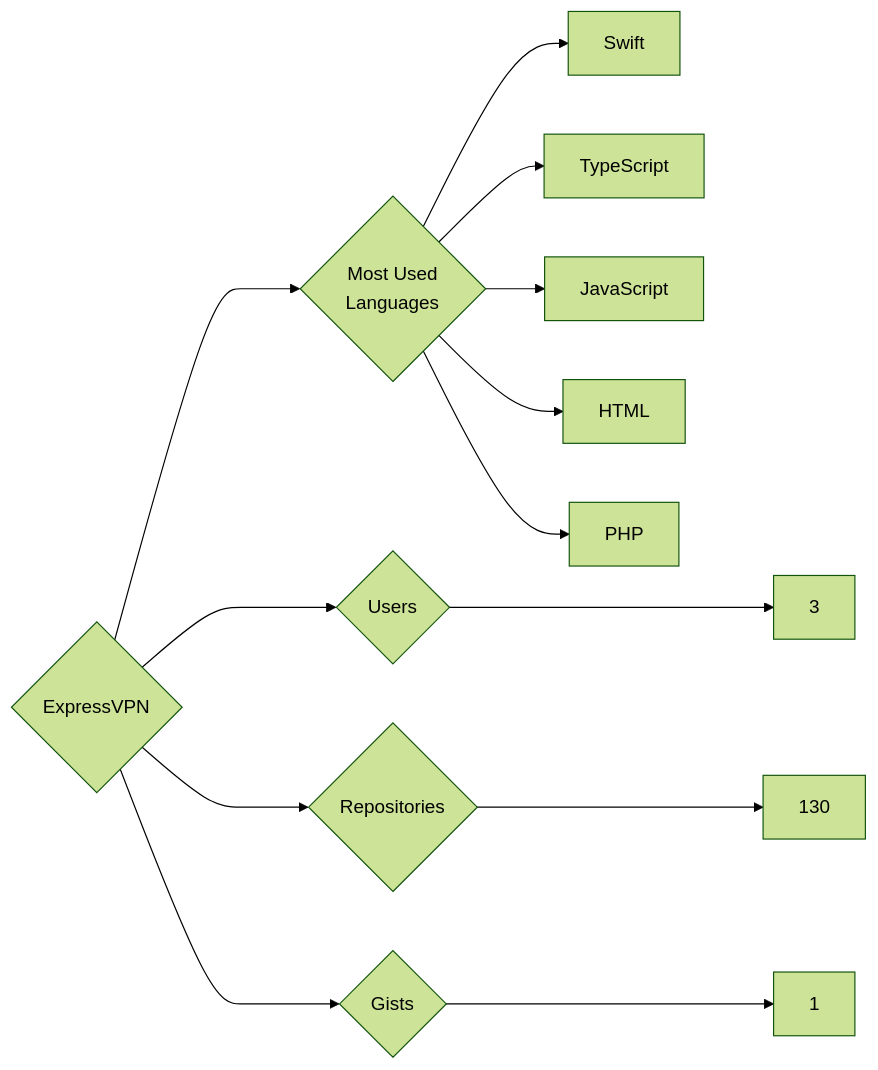
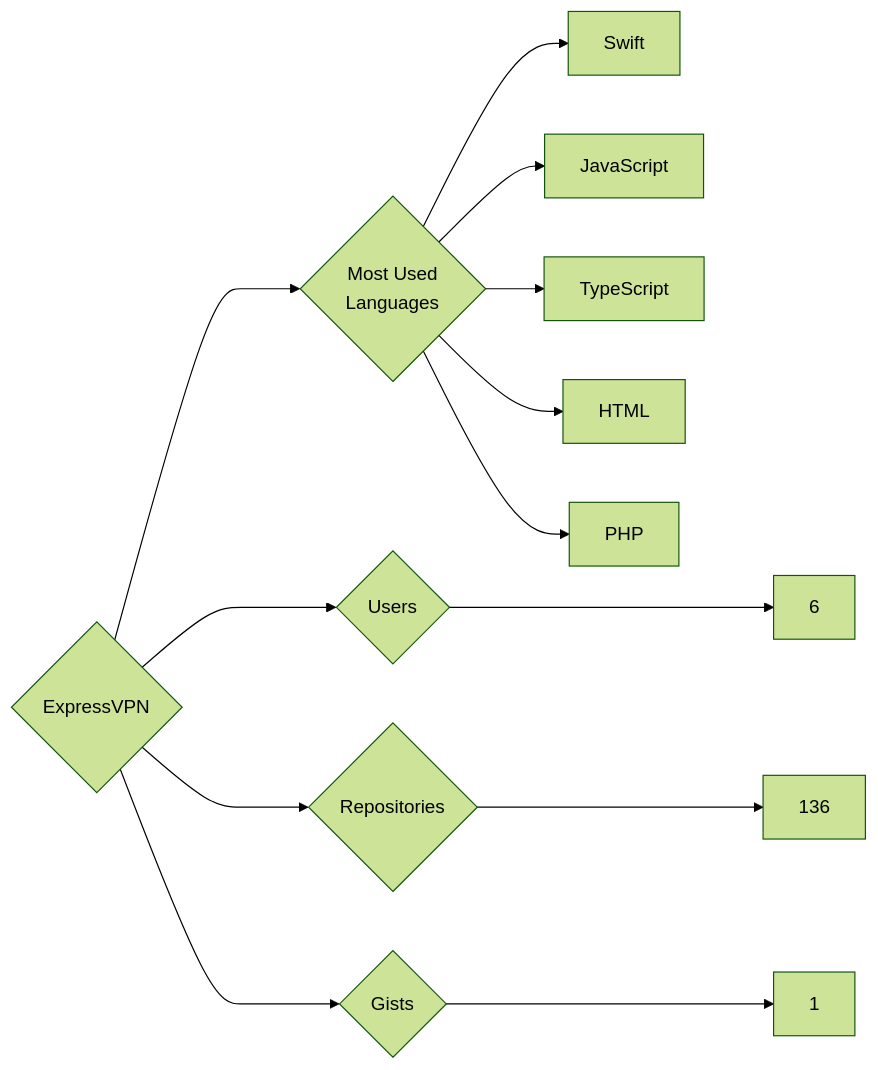
Before and after one commit to trickest/insiders: the diagram in targets/ExpressVPN/README.md, drawn with Mermaid (forest theme). The commit also changed 679 other files, not shown here.

````diff
--- a/targets/ExpressVPN/README.md
+++ b/targets/ExpressVPN/README.md
@@ -3,13 +3,13 @@
 ```mermaid
 graph LR
 COMPANY_NAME{ExpressVPN}
-COMPANY_NAME ---> U{Users} ---> UN[3]
-COMPANY_NAME ---> R{Repositories} ---> RN[130]
+COMPANY_NAME ---> U{Users} ---> UN[6]
+COMPANY_NAME ---> R{Repositories} ---> RN[136]
 COMPANY_NAME ---> G{Gists} ---> GN[1]
 COMPANY_NAME ---> ML{Most Used<br>Languages}
 ML --> Swift[Swift]
+ML --> JavaScript[JavaScript]
 ML --> TypeScript[TypeScript]
-ML --> JavaScript[JavaScript]
 ML --> HTML[HTML]
 ML --> PHP[PHP]
 ```
````
